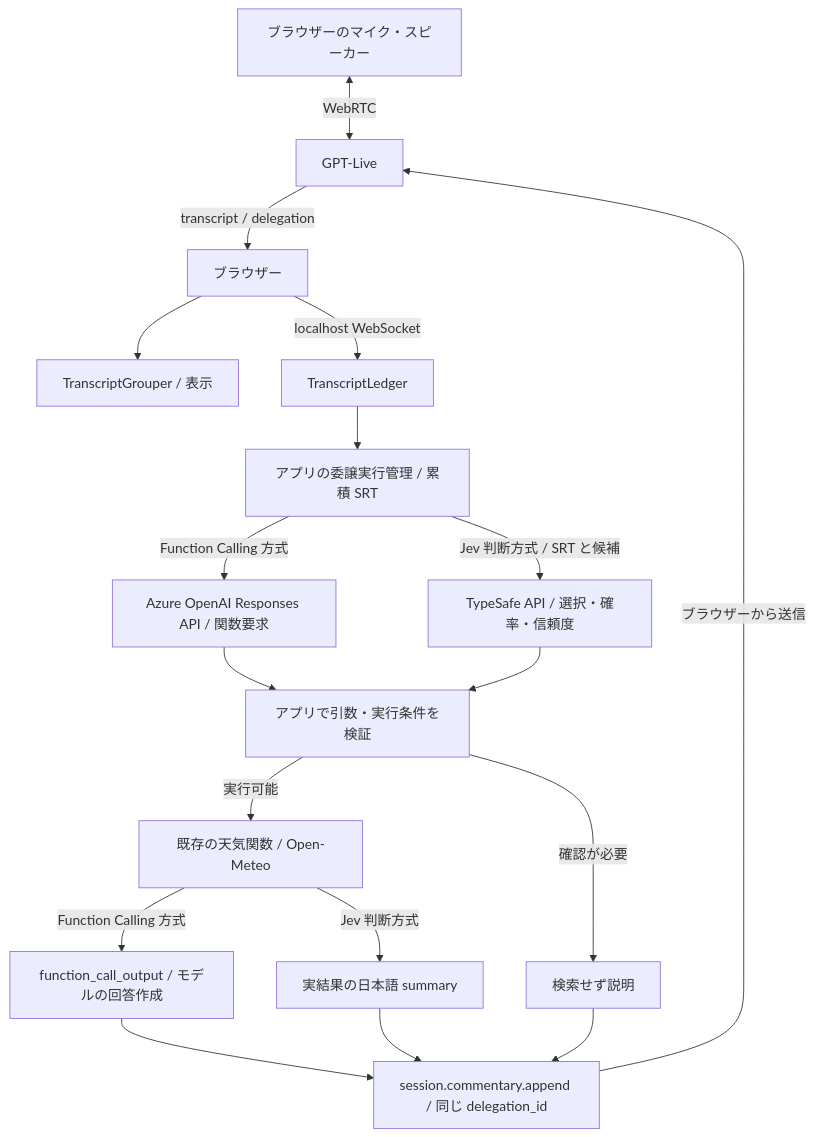
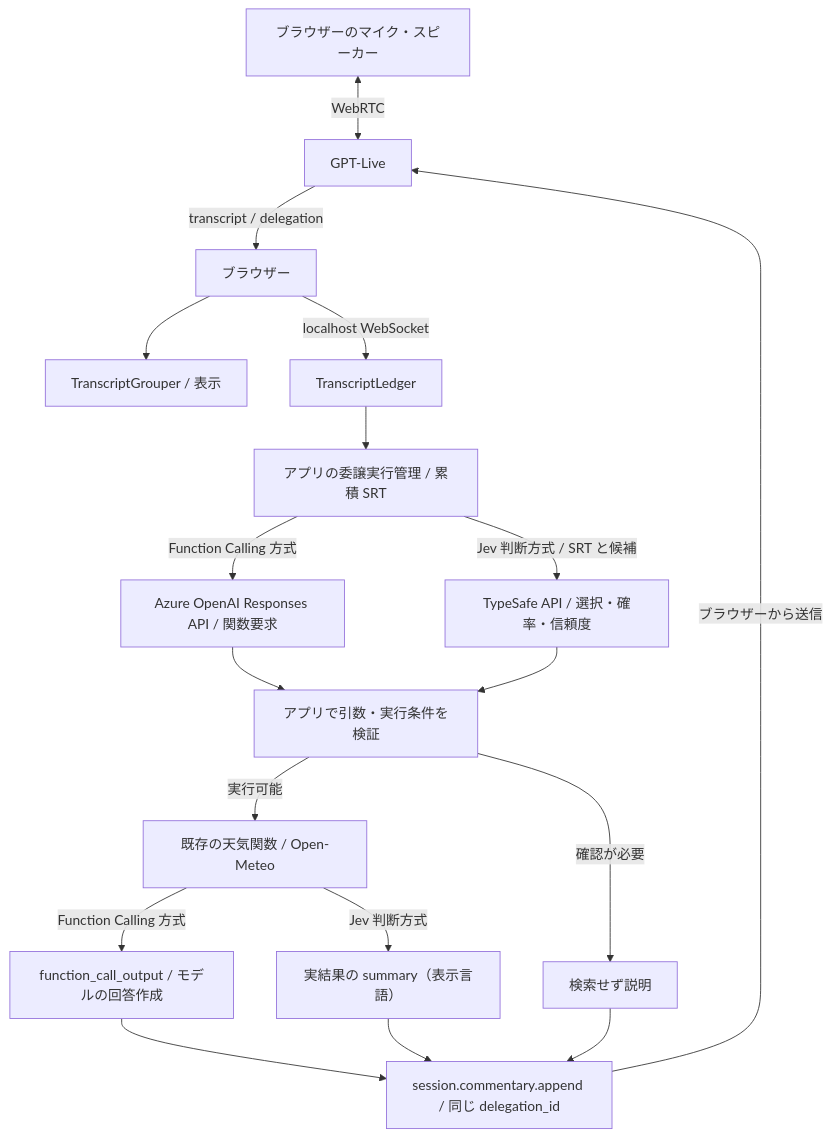
One commit to nohanaga/gpt-live-transcript-lab changed the second of 2 diagrams in docs/usage.md. Above: the diagram before and after it, drawn with Mermaid. The commit also changed other lines of this file and 30 other files, not shown here.

````diff
--- a/docs/usage.md
+++ b/docs/usage.md
@@ -471,20 +491,20 @@
 ```mermaid
 flowchart TD
     M["ブラウザーのマイク・スピーカー"] <-->|WebRTC| L["GPT-Live"]
     L -->|"transcript / delegation"| B["ブラウザー"]
     B --> G["TranscriptGrouper / 表示"]
     B -->|localhost WebSocket| T["TranscriptLedger"]
     T --> E["アプリの委譲実行管理 / 累積 SRT"]
     E -->|"Function Calling 方式"| F["Azure OpenAI Responses API / 関数要求"]
     E -->|"Jev 判断方式 / SRT と候補"| J["TypeSafe API / 選択・確率・信頼度"]
     F --> V["アプリで引数・実行条件を検証"]
     J --> V
     V -->|"実行可能"| W["既存の天気関数 / Open-Meteo"]
     W -->|"Function Calling 方式"| R["function_call_output / モデルの回答作成"]
-    W -->|"Jev 判断方式"| S["実結果の日本語 summary"]
+    W -->|"Jev 判断方式"| S["実結果の summary（表示言語）"]
     V -->|"確認が必要"| N["検索せず説明"]
     R --> O["session.commentary.append / 同じ delegation_id"]
     S --> O
     N --> O
     O -->|"ブラウザーから送信"| L
 ```
````
